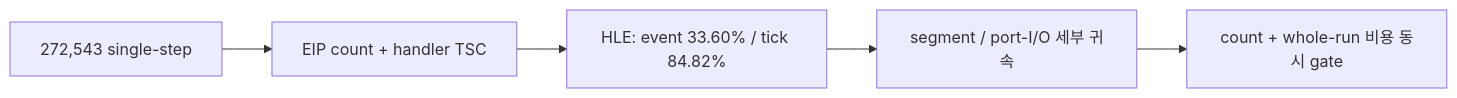
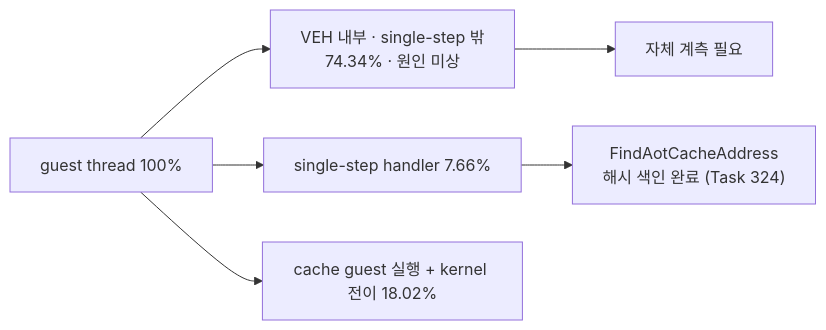
The diagram in docs/analysis/current-execution-frontier.md (nworkers/rePIU), drawn with Mermaid before and after one commit. The commit also changed other lines of this file and 36 other files, not shown here.

First line of the commit message:
perf: attribute whole-run execution time and remove the AOT lookup bottleneck (v0.0.100)

````diff
--- a/docs/analysis/current-execution-frontier.md
+++ b/docs/analysis/current-execution-frontier.md
@@ -50,7 +103,8 @@
 ```mermaid
 flowchart LR
-    C["272,543 single-step"] --> A["EIP count + handler TSC"]
-    A --> H["HLE: event 33.60% / tick 84.82%"]
-    H --> S["segment / port-I/O 세부 귀속"]
-    S --> G["count + whole-run 비용 동시 gate"]
+    T["guest thread 100%"] --> B["VEH 내부 · single-step 밖<br/>74.34% · 원인 미상"]
+    T --> S["single-step handler 7.66%"]
+    T --> G["cache guest 실행 + kernel 전이 18.02%"]
+    S --> F["FindAotCacheAddress<br/>해시 색인 완료 (Task 324)"]
+    B --> N["자체 계측 필요"]
 ```
````
